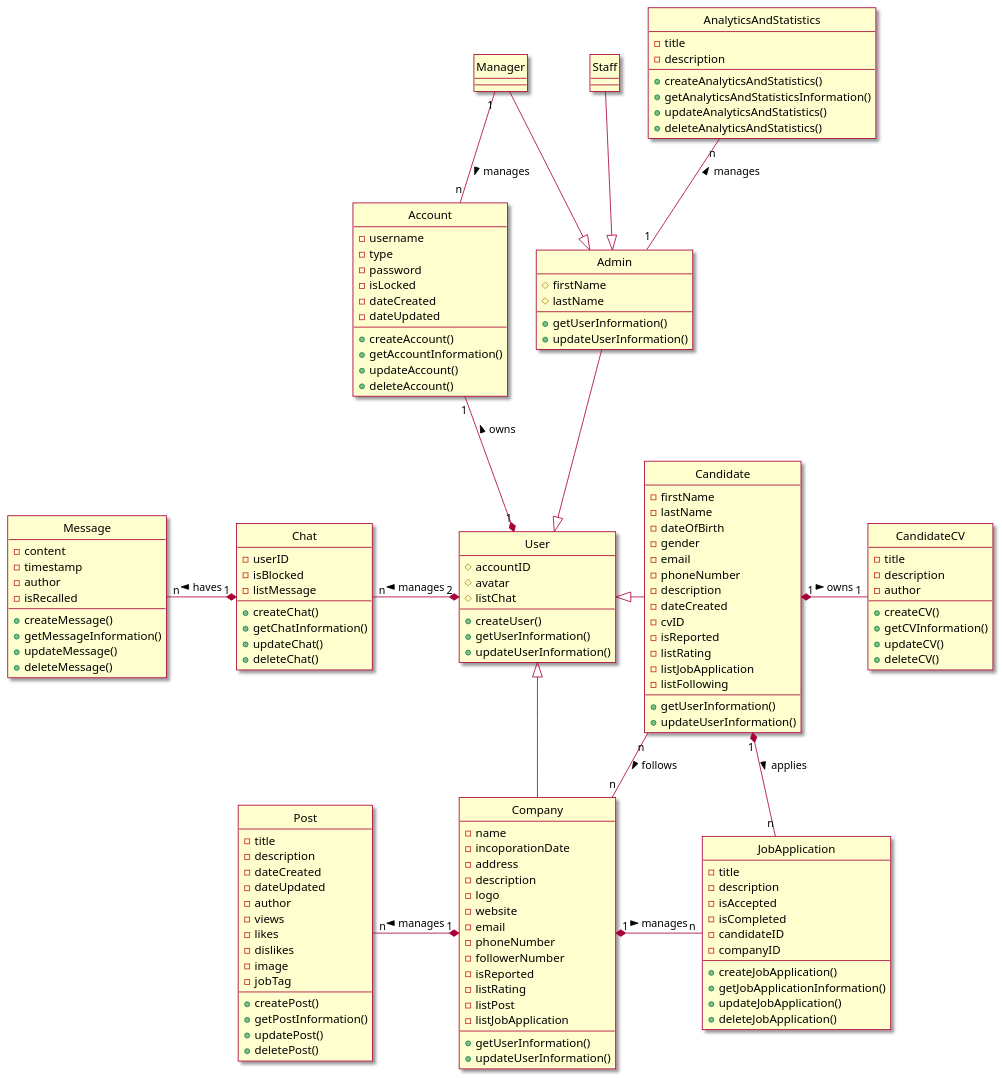
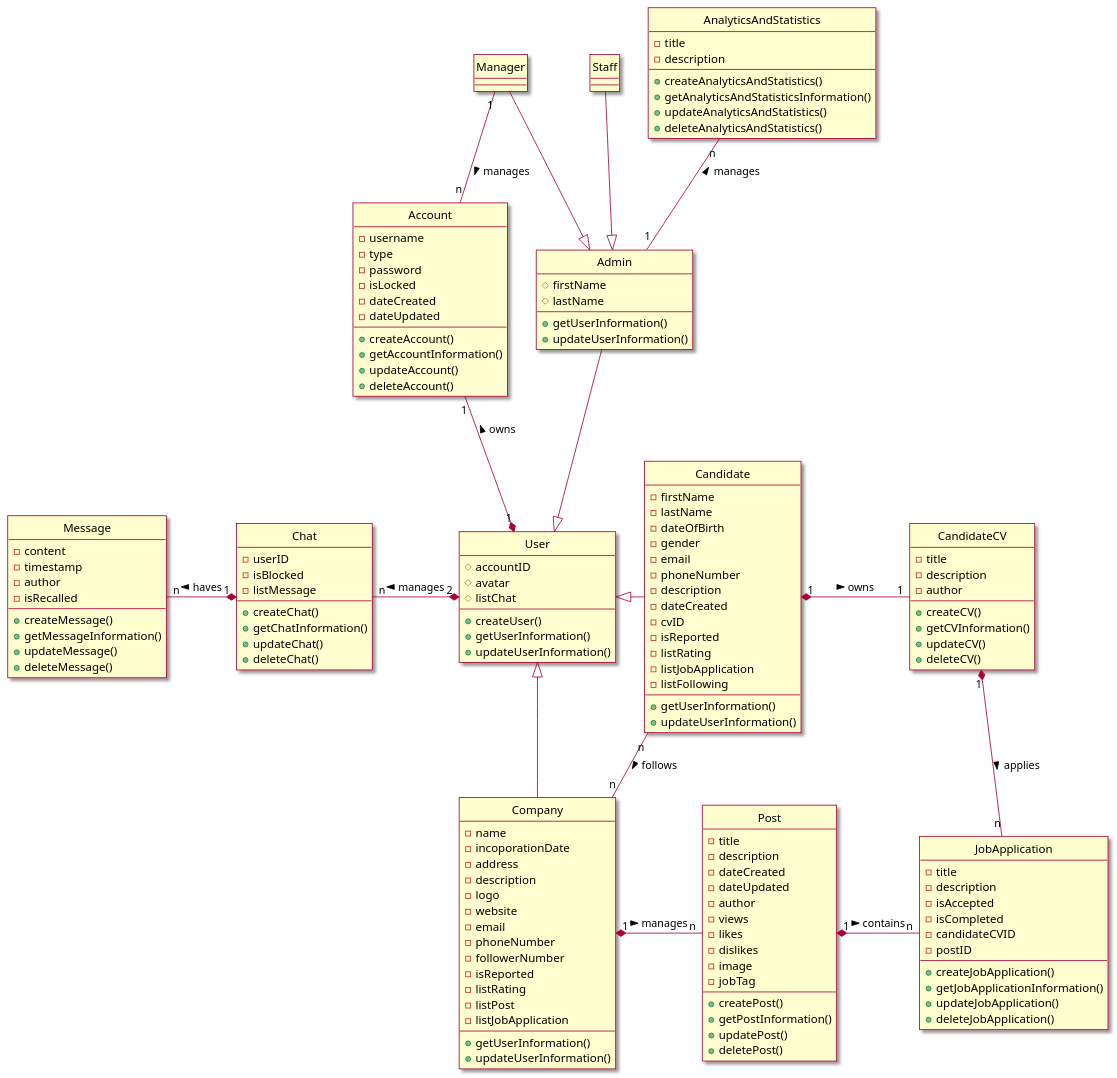
The diagram in Lab1/Lab 1.2 Diagram/Class/FileUML/ClassDiagram.puml (Griselda4774/EAS-EmploymentAssistanceSystem), drawn with PlantUML before and after one commit.

Commit message:
update class

```diff
--- a/Lab1/Lab 1.2 Diagram/Class/FileUML/ClassDiagram.puml
+++ b/Lab1/Lab 1.2 Diagram/Class/FileUML/ClassDiagram.puml
@@ -1,165 +1,165 @@
 @startuml ClassDiagram
 
 hide circle
 skin rose
 
 class Account {
     -username
     -type
     -password
     -isLocked
     -dateCreated
     -dateUpdated
     +createAccount()
     +getAccountInformation()
     +updateAccount()
     +deleteAccount()
 }
 
 class User {
     #accountID
     #avatar
     #listChat
     +createUser()
     +getUserInformation()
     +updateUserInformation()
 }
 
 class Admin {
     #firstName
     #lastName
     +getUserInformation()
     +updateUserInformation()
 }
 
 class Candidate {
     -firstName
     -lastName
     -dateOfBirth
     -gender
     -email
     -phoneNumber
     -description
     -dateCreated
     -cvID
     -isReported
     -listRating
     -listJobApplication
     -listFollowing
     +getUserInformation()
     +updateUserInformation()
 }
 
 class Company {
     -name
     -incoporationDate
     -address
     -description
     -logo
     -website
     -email
     -phoneNumber
     -followerNumber
     -isReported
     -listRating
     -listPost
     -listJobApplication
     +getUserInformation()
     +updateUserInformation()
 }
 
 class Staff {
 
 }
 
 class Manager {
 
 }
 
 class Post {
     -title
     -description
     -dateCreated
     -dateUpdated
     -author
     -views
     -likes
     -dislikes
     -image
     -jobTag
     +createPost()
     +getPostInformation()
     +updatePost()
     +deletePost()
 }
 
 class CandidateCV {
     -title
     -description
     -author
     +createCV()
     +getCVInformation()
     +updateCV()
     +deleteCV()
 }
 
 class JobApplication {
     -title
     -description
     -isAccepted
     -isCompleted
-    -candidateID
-    -companyID
+    -candidateCVID
+    -postID
     +createJobApplication()
     +getJobApplicationInformation()
     +updateJobApplication()
     +deleteJobApplication()
 }
 
 class Chat {
     -userID
     -isBlocked
     -listMessage
     +createChat()
     +getChatInformation()
     +updateChat()
     +deleteChat()
 }
 
 class Message {
     -content
     -timestamp
     -author
     -isRecalled
     +createMessage()
     +getMessageInformation()
     +updateMessage()
     +deleteMessage()
 }
 
 class AnalyticsAndStatistics {
     -title
     -description
     +createAnalyticsAndStatistics()
     +getAnalyticsAndStatisticsInformation()
     +updateAnalyticsAndStatistics()
     +deleteAnalyticsAndStatistics()
 }
 
 Account "1" --* "1" User: owns <
 Admin --|> User
 User <|-right- Candidate
 User <|-- Company
 Staff --|> Admin
 Manager --|> Admin
 AnalyticsAndStatistics "n" -- "1" Admin: manages <
 Manager "1" -- "n" Account: manages >
-Post "n" -right-* "1" Company: manages <
+Post "n" -left-* "1" Company: manages <
 Chat "n" -right-* "2" User: manages <
 Message "n" -right-* "1" Chat: haves <
 CandidateCV "1" -left-* "1" Candidate: owns <
-JobApplication "n" -left-* "1" Company: manages <
+JobApplication "n" -left-* "1" Post: contains <
 Candidate "n" -- "n" Company: follows >
-Candidate "1" *-- "n" JobApplication: applies >
+CandidateCV "1" *-- "n" JobApplication: applies >
 
 @enduml
```
